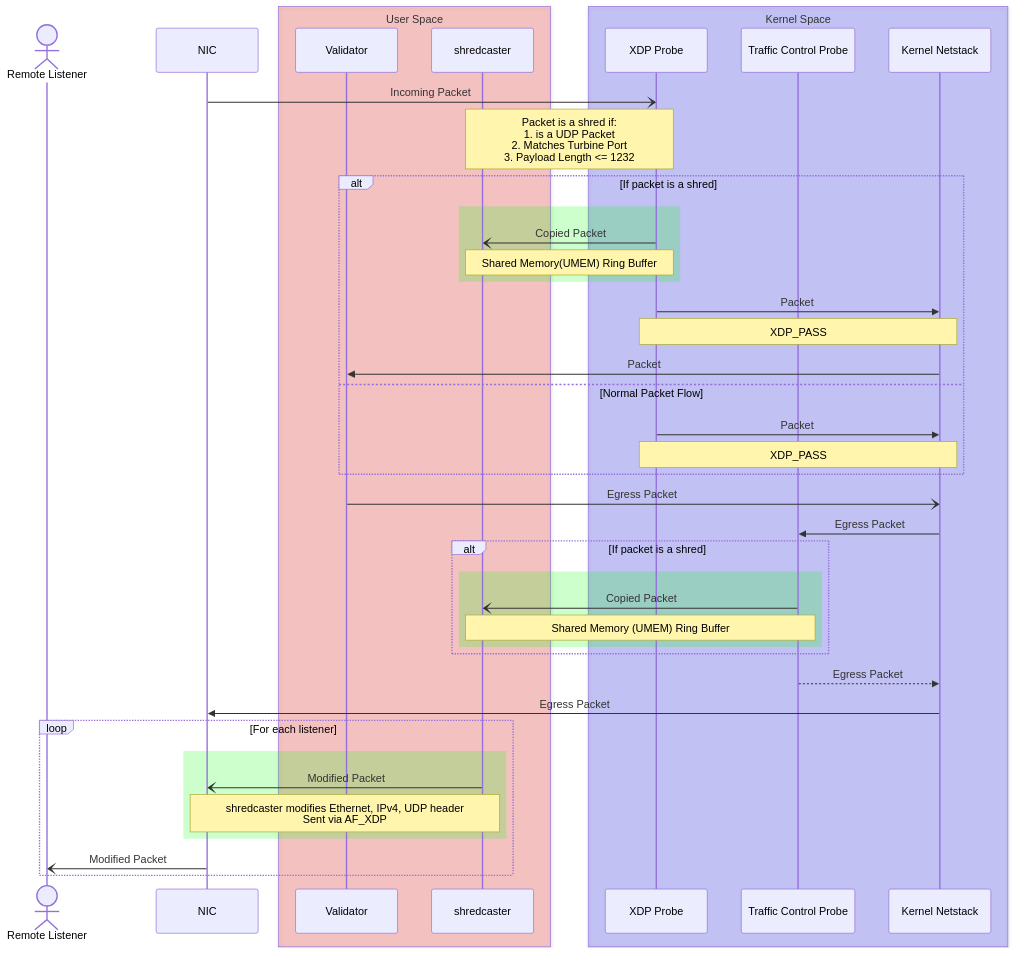
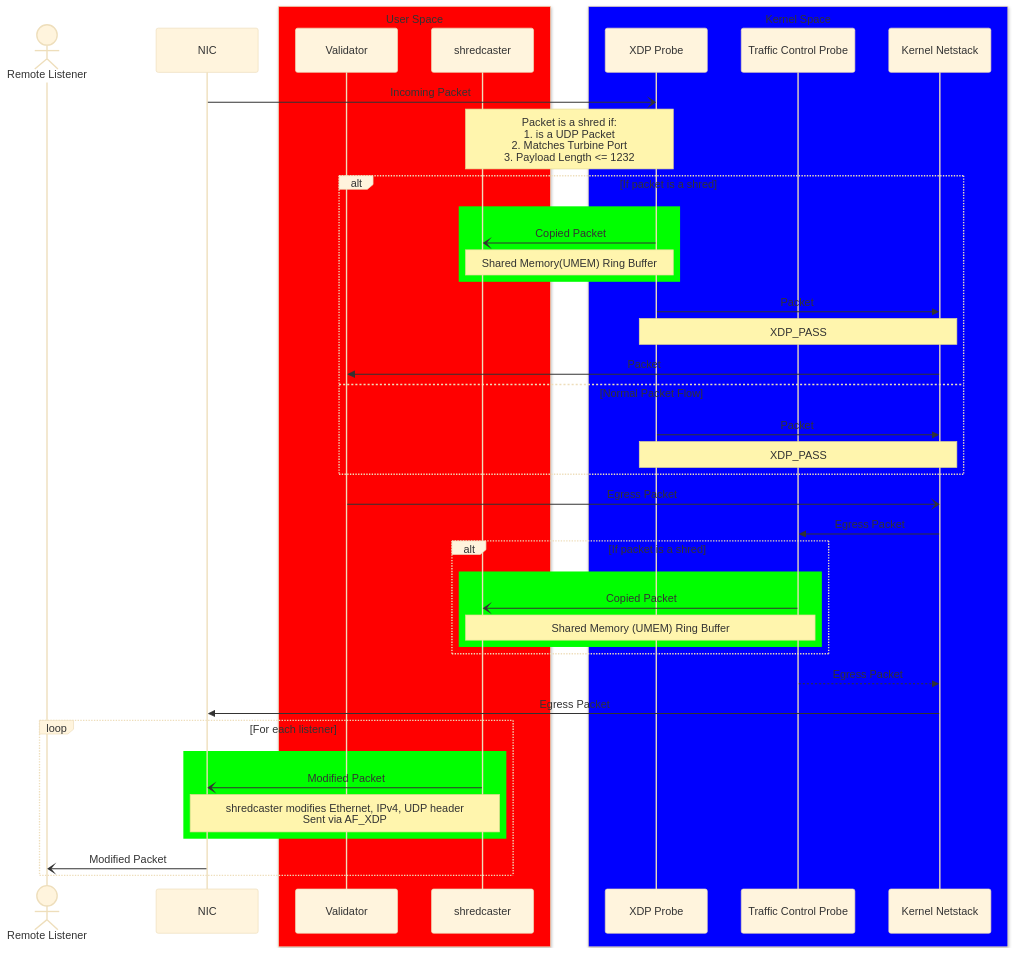
The diagram in README.md (Overclock-Validator/shredcaster), drawn with Mermaid before and after one commit.

````diff
--- a/README.md
+++ b/README.md
@@ -18,49 +18,50 @@
 ```mermaid
+%%{init: {"theme": "base"}}%%
 sequenceDiagram
     actor RL as Remote Listener
     participant NIC
 
-    box rgba(255, 0, 0, 0.2) User Space
+    box rgba(255, 0, 0, 1.0) User Space
     participant V as Validator
     participant SC as shredcaster
     end
-    box rgba(0, 0, 255, 0.2) Kernel Space
+    box rgba(0, 0, 255, 1.0) Kernel Space
     participant XP as XDP Probe
     participant TC as Traffic Control Probe
     participant KN as Kernel Netstack
     end
 
     NIC -) XP: Incoming Packet
     Note over SC,XP: Packet is a shred if:<br>1. is a UDP Packet<br>2. Matches Turbine Port<br>3. Payload Length <= 1232
     alt If packet is a shred
-        rect rgba(0, 255, 0, 0.2)
+        rect rgba(0, 255, 0, 1.0)
         XP -) SC: Copied Packet
         Note over XP,SC: Shared Memory(UMEM) Ring Buffer
         end
         XP ->> KN: Packet
         Note over XP,KN: XDP_PASS
         KN ->> V: Packet
     else Normal Packet Flow
         XP ->> KN: Packet
         Note over XP,KN: XDP_PASS
     end
 
     V -) KN: Egress Packet
     KN ->> TC: Egress Packet
     alt If packet is a shred
-        rect rgba(0, 255, 0, 0.2)
+        rect rgba(0, 255, 0, 1.0)
         TC -) SC: Copied Packet
         Note Over TC,SC: Shared Memory (UMEM) Ring Buffer
         end
     end
     TC -->> KN: Egress Packet
     KN ->> NIC: Egress Packet
 
     loop For each listener
-        rect rgba(0, 255, 0, 0.2)
+        rect rgba(0, 255, 0, 1.0)
         SC -) NIC: Modified Packet
         Note over SC, NIC: shredcaster modifies Ethernet, IPv4, UDP header<br> Sent via AF_XDP
         end
         NIC -) RL: Modified Packet
     end
 ```
````
